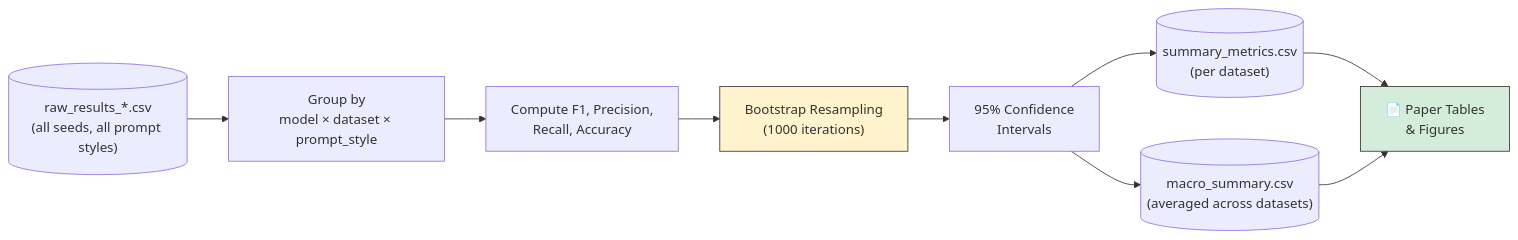
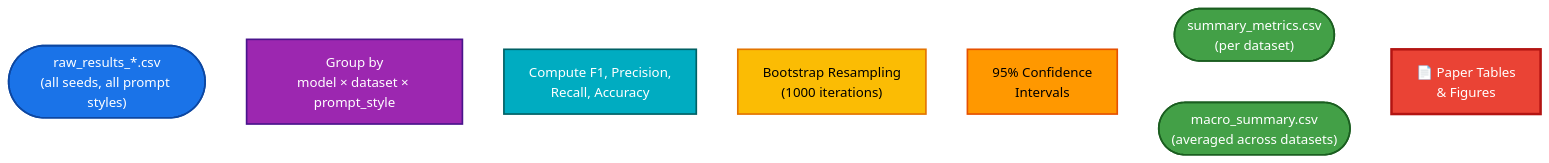
Before and after one commit to rpaut03l/tricalrag-llm-gpu-aiops: the fifth of 6 diagrams in README.md, drawn with Mermaid. The commit also changed other lines of this file, not shown here.

````diff
--- a/README.md
+++ b/README.md
@@ -156,14 +181,21 @@
 ```mermaid
+%%{init: {'theme': 'base', 'themeVariables': { 'lineColor': '#ffffff', 'edgeLabelBackground': '#2d2d2d', 'textColor': '#ffffff' }}}%%
 flowchart LR
-    A[("raw_results_*.csv<br/>(all seeds, all prompt styles)")] --> B["Group by<br/>model × dataset × prompt_style"]
-    B --> C["Compute F1, Precision,<br/>Recall, Accuracy"]
-    C --> D["Bootstrap Resampling<br/>(1000 iterations)"]
-    D --> E["95% Confidence<br/>Intervals"]
-    E --> F[("summary_metrics.csv<br/>(per dataset)")]
-    E --> G[("macro_summary.csv<br/>(averaged across datasets)")]
-    F --> H["📄 Paper Tables<br/>& Figures"]
+    A(["raw_results_*.csv<br/>(all seeds, all prompt styles)"]):::input --> B["Group by<br/>model × dataset × prompt_style"]:::process
+    B --> C["Compute F1, Precision,<br/>Recall, Accuracy"]:::compute
+    C --> D["Bootstrap Resampling<br/>(1000 iterations)"]:::bootstrap
+    D --> E["95% Confidence<br/>Intervals"]:::ci
+    E --> F(["summary_metrics.csv<br/>(per dataset)"]):::result
+    E --> G(["macro_summary.csv<br/>(averaged across datasets)"]):::result
+    F --> H["📄 Paper Tables<br/>& Figures"]:::final
     G --> H
 
-    style D fill:#fff3cd,stroke:#333
-    style H fill:#d4edda,stroke:#333
+    classDef input fill:#1a73e8,stroke:#0d47a1,stroke-width:2px,color:#ffffff
+    classDef process fill:#9c27b0,stroke:#4a148c,stroke-width:2px,color:#ffffff
+    classDef compute fill:#00acc1,stroke:#006064,stroke-width:2px,color:#ffffff
+    classDef bootstrap fill:#fbbc04,stroke:#e37400,stroke-width:2px,color:#000000
+    classDef ci fill:#ff9800,stroke:#e65100,stroke-width:2px,color:#000000
+    classDef result fill:#43a047,stroke:#1b5e20,stroke-width:2px,color:#ffffff
+    classDef final fill:#ea4335,stroke:#b31412,stroke-width:3px,color:#ffffff
+    linkStyle default stroke:#ffffff,stroke-width:2px,color:#ffffff
 ```
````
